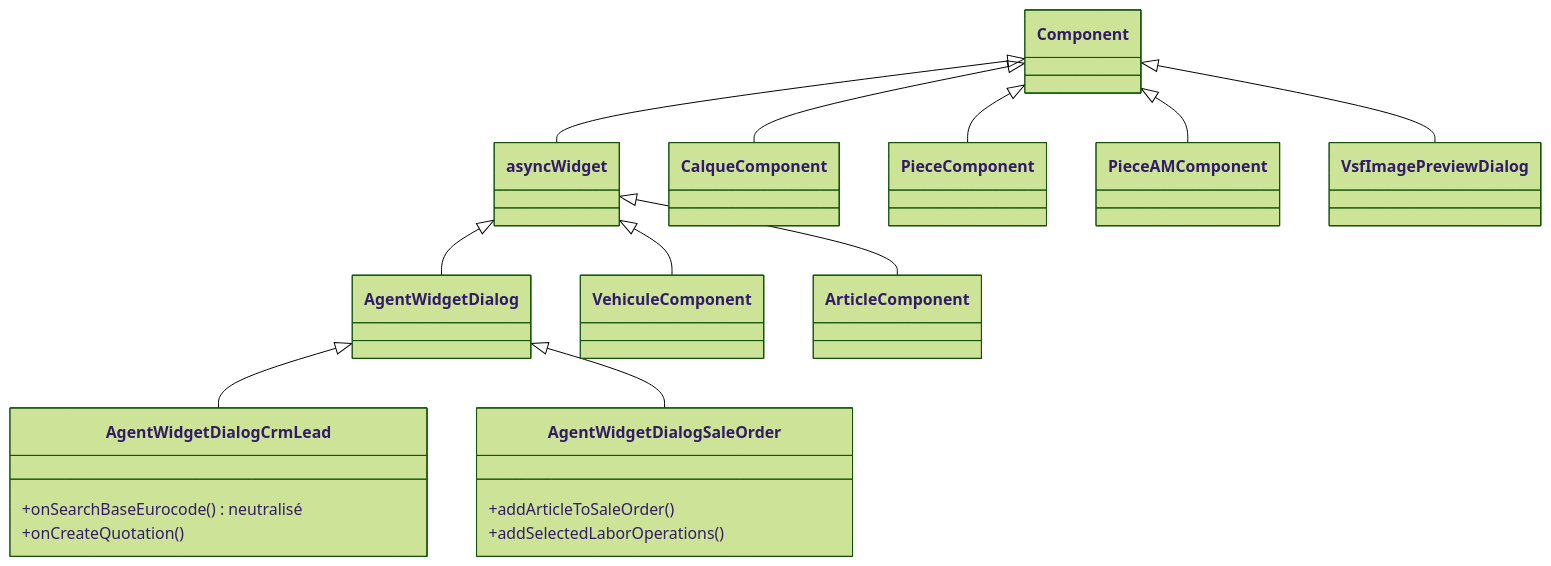
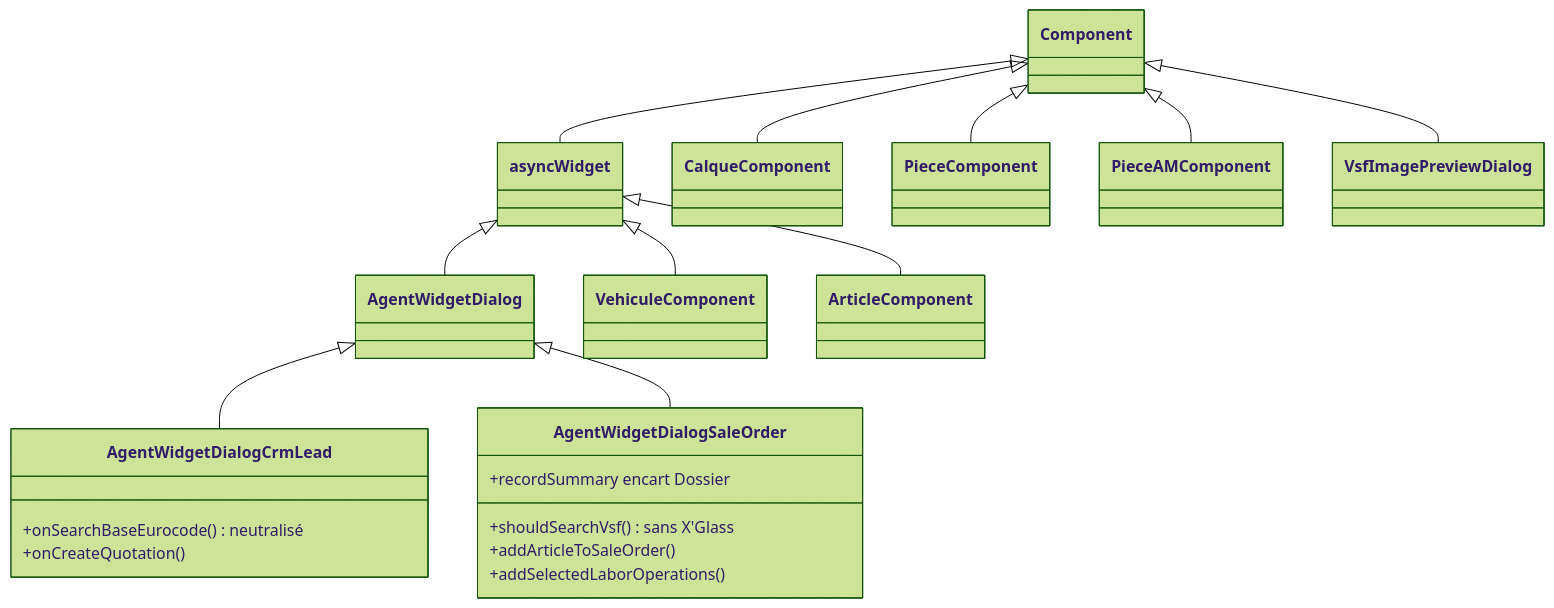
One commit to rpbmSdk/rpbm changed the second of 4 diagrams in rpbm_agent/docs/technique/frontend.md. Above: the diagram before and after it, drawn with Mermaid (forest theme). The commit also changed other lines of this file and 15 other files, not shown here.

First line of the commit message:
docs(rpbm_agent): documenter le devis VSF d'abord et X'Glass a la demande (E2, 17.0.261006.2)

````diff
--- a/rpbm_agent/docs/technique/frontend.md
+++ b/rpbm_agent/docs/technique/frontend.md
@@ -93,31 +93,33 @@
 ```mermaid
 classDiagram
     class Component
     class asyncWidget
     class AgentWidgetDialog
     class AgentWidgetDialogCrmLead {
         +onSearchBaseEurocode() neutralisé
         +onCreateQuotation()
     }
     class AgentWidgetDialogSaleOrder {
+        +shouldSearchVsf() sans X'Glass
+        +recordSummary encart Dossier
         +addArticleToSaleOrder()
         +addSelectedLaborOperations()
     }
     class VehiculeComponent
     class ArticleComponent
     class CalqueComponent
     class PieceComponent
     class PieceAMComponent
     class VsfImagePreviewDialog
 
     Component <|-- asyncWidget
     asyncWidget <|-- AgentWidgetDialog
     AgentWidgetDialog <|-- AgentWidgetDialogCrmLead
     AgentWidgetDialog <|-- AgentWidgetDialogSaleOrder
     asyncWidget <|-- VehiculeComponent
     asyncWidget <|-- ArticleComponent
     Component <|-- CalqueComponent
     Component <|-- PieceComponent
     Component <|-- PieceAMComponent
     Component <|-- VsfImagePreviewDialog
 ```
````
